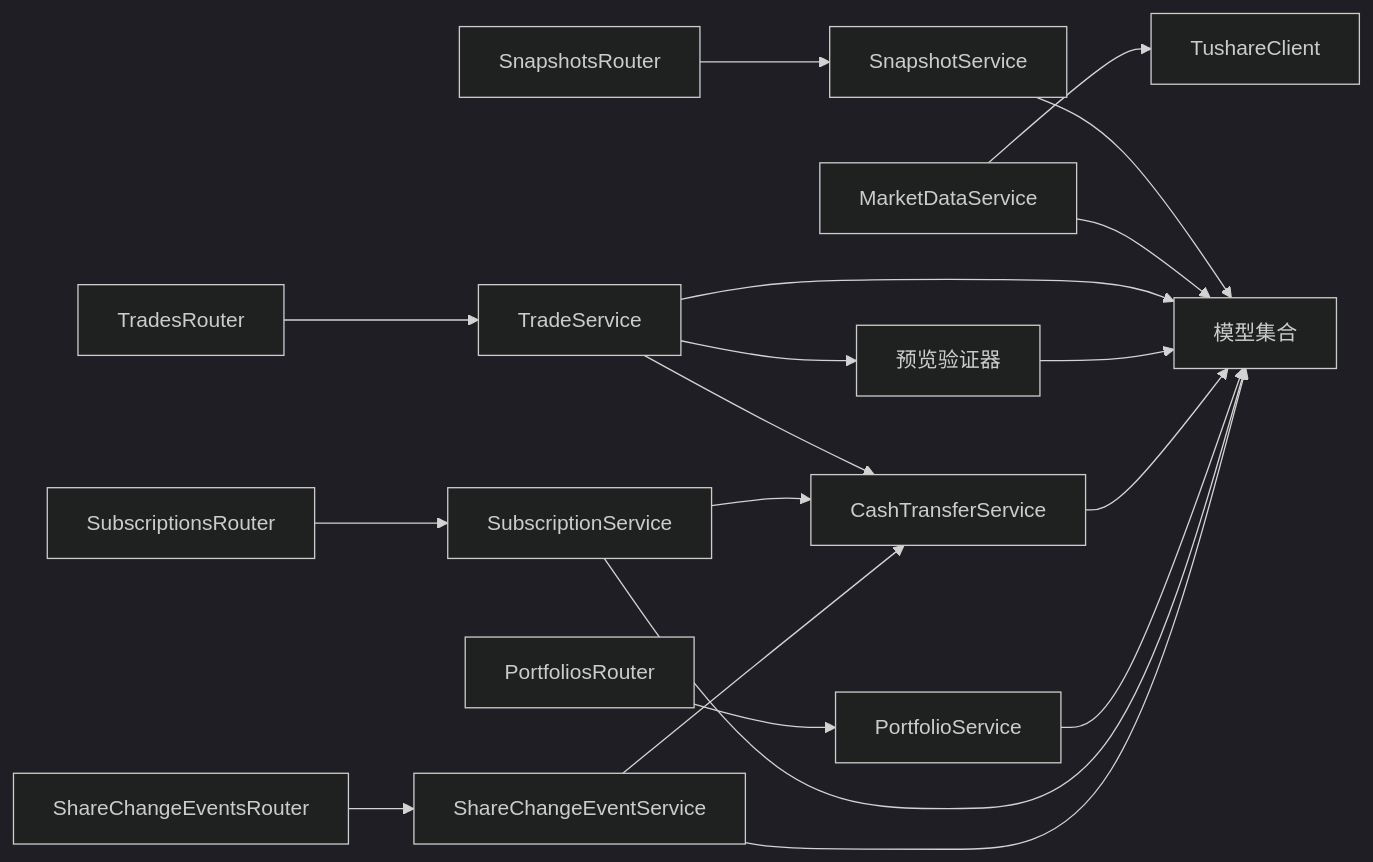
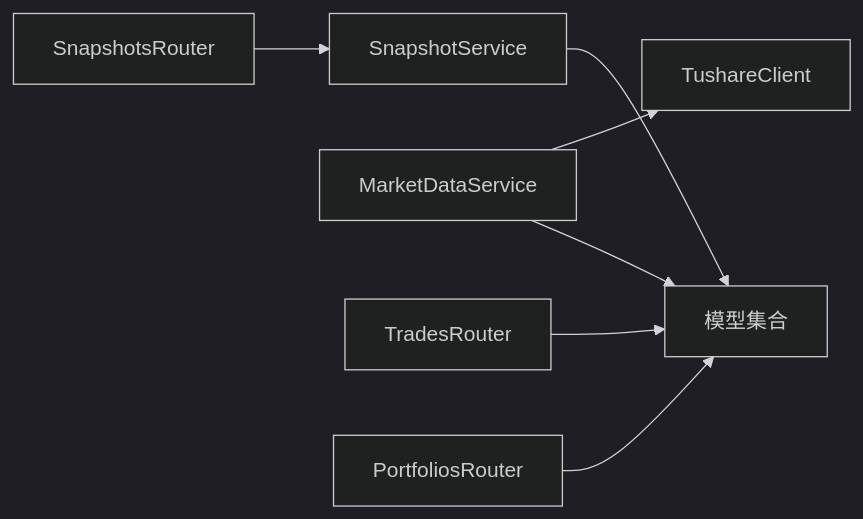
The ninth of 9 diagrams in .qoder/repowiki/zh/content/核心业务功能/核心业务功能.md (gujialind/InvestRing), drawn with Mermaid (dark theme) before and after one commit. The commit also changed other lines of this file and 65 other files, not shown here.

````diff
--- a/.qoder/repowiki/zh/content/核心业务功能/核心业务功能.md
+++ b/.qoder/repowiki/zh/content/核心业务功能/核心业务功能.md
@@ -725,21 +416,9 @@
 ```mermaid
 graph LR
 SnapSvc["SnapshotService"] --> Models["模型集合"]
 MarketSvc["MarketDataService"] --> Tushare["TushareClient"]
 MarketSvc --> Models
-TradesRouter["TradesRouter"] --> TradeSvc["TradeService"]
-TradeSvc --> Models
-TradeSvc --> CashSvc["CashTransferService"]
-TradeSvc --> PreviewSvc["预览验证器"]
-PreviewSvc --> Models
-CashSvc --> Models
-PortfoliosRouter["PortfoliosRouter"] --> PortfolioSvc["PortfolioService"]
-PortfolioSvc --> Models
+TradesRouter["TradesRouter"] --> Models
+PortfoliosRouter["PortfoliosRouter"] --> Models
 SnapshotsRouter["SnapshotsRouter"] --> SnapSvc
-SubscriptionsRouter["SubscriptionsRouter"] --> SubSvc["SubscriptionService"]
-SubSvc --> Models
-SubSvc --> CashSvc
-ShareChangeEventsRouter["ShareChangeEventsRouter"] --> EventSvc["ShareChangeEventService"]
-EventSvc --> Models
-EventSvc --> CashSvc
 ```
````
